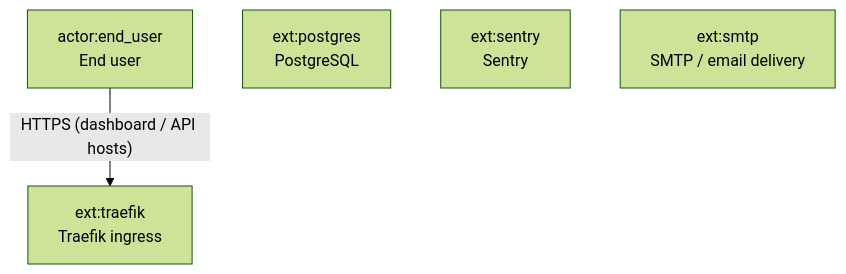
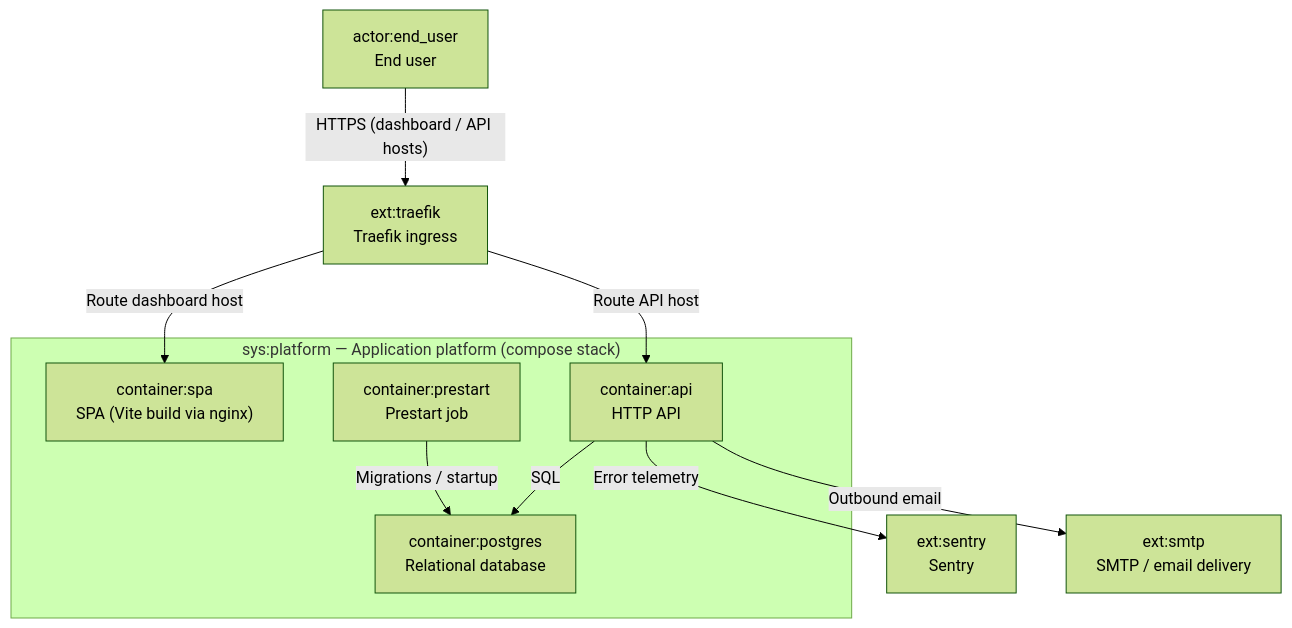
The diagram in docs/c4-live.mermaid.md (Decreen/decreen-arch-diff-demo), drawn with Mermaid (forest theme) before and after one commit. The commit also changed 3 other files, not shown here.

````diff
--- a/docs/c4-live.mermaid.md
+++ b/docs/c4-live.mermaid.md
@@ -3,9 +3,20 @@
 ```mermaid
-flowchart TD
+flowchart TB
+  subgraph boundary["sys:platform — Application platform (compose stack)"]
+    container_spa["container:spa<br/>SPA (Vite build via nginx)"]
+    container_api["container:api<br/>HTTP API"]
+    container_postgres["container:postgres<br/>Relational database"]
+    container_prestart["container:prestart<br/>Prestart job"]
+  end
   actor_end_user["actor:end_user<br/>End user"]
   ext_traefik["ext:traefik<br/>Traefik ingress"]
-  ext_postgres["ext:postgres<br/>PostgreSQL"]
   ext_sentry["ext:sentry<br/>Sentry"]
   ext_smtp["ext:smtp<br/>SMTP / email delivery"]
   actor_end_user -->|"HTTPS (dashboard / API hosts)"| ext_traefik
+  ext_traefik -->|"Route dashboard host"| container_spa
+  ext_traefik -->|"Route API host"| container_api
+  container_api -->|"SQL"| container_postgres
+  container_prestart -->|"Migrations / startup"| container_postgres
+  container_api -->|"Error telemetry"| ext_sentry
+  container_api -->|"Outbound email"| ext_smtp
 ```
````
